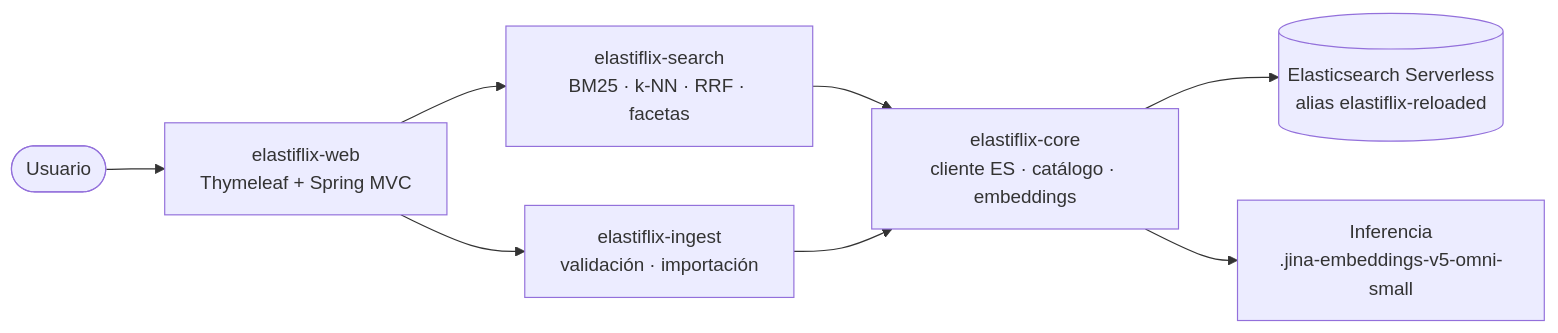
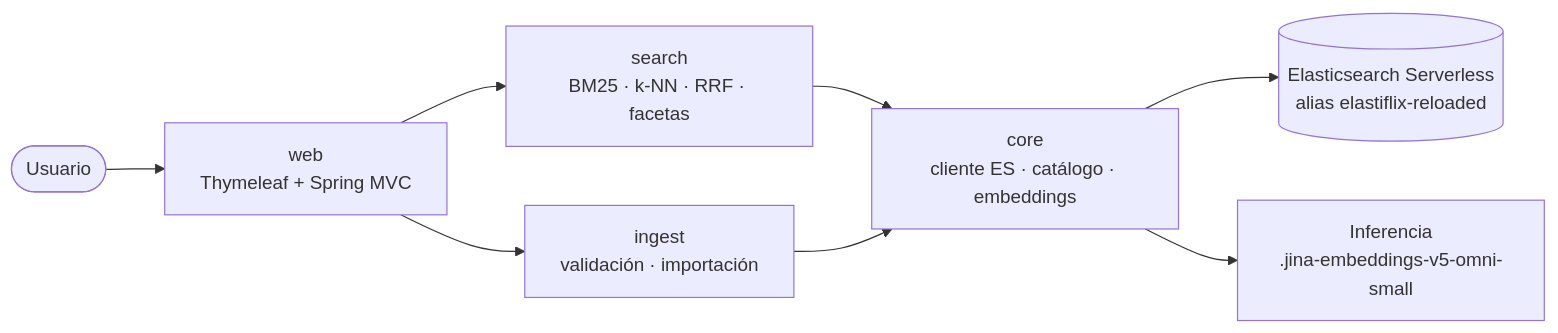
Before and after one commit to bigfito/elastiflix-reloaded: the diagram in PLAN.md, drawn with Mermaid. The commit also changed other lines of this file and 11 other files, not shown here.

````diff
--- a/PLAN.md
+++ b/PLAN.md
@@ -131,10 +131,10 @@
 ```mermaid
 flowchart LR
-  user(["Usuario"]) --> web["elastiflix-web<br/>Thymeleaf + Spring MVC"]
-  web --> search["elastiflix-search<br/>BM25 · k-NN · RRF · facetas"]
-  web --> ingest["elastiflix-ingest<br/>validación · importación"]
-  search --> core["elastiflix-core<br/>cliente ES · catálogo · embeddings"]
+  user(["Usuario"]) --> web["web<br/>Thymeleaf + Spring MVC"]
+  web --> search["search<br/>BM25 · k-NN · RRF · facetas"]
+  web --> ingest["ingest<br/>validación · importación"]
+  search --> core["core<br/>cliente ES · catálogo · embeddings"]
   ingest --> core
   core --> es[("Elasticsearch Serverless<br/>alias elastiflix-reloaded")]
   core --> inf["Inferencia<br/>.jina-embeddings-v5-omni-small"]
 ```
````
